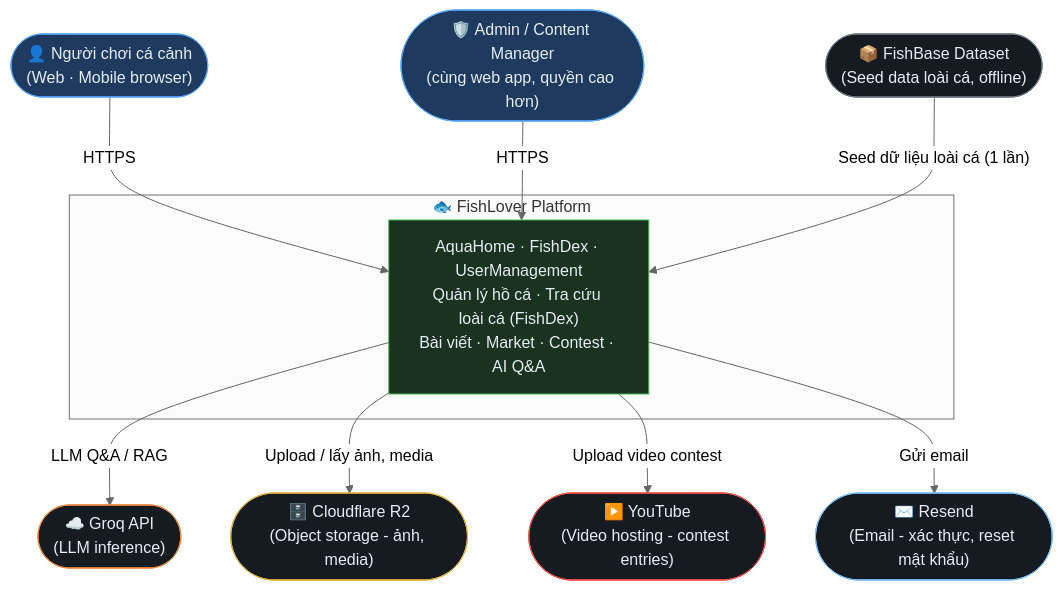
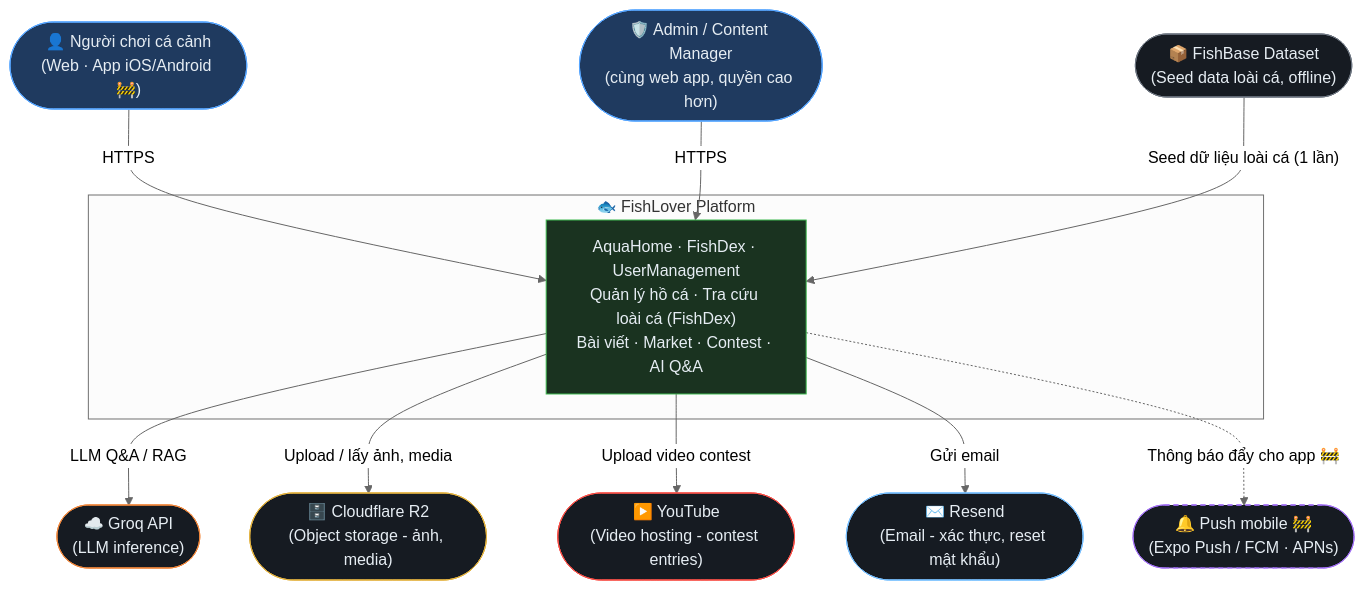
Before and after one commit to TheEastPham/FishDex: the diagram in docs/architecture/c4/01-system-context.md, drawn with Mermaid (neutral theme). The commit also changed other lines of this file and 6 other files, not shown here.

````diff
--- a/docs/architecture/c4/01-system-context.md
+++ b/docs/architecture/c4/01-system-context.md
@@ -9,32 +9,35 @@
 ```mermaid
 graph TB
-    User(["👤 Người chơi cá cảnh<br/>(Web · Mobile browser)"])
+    User(["👤 Người chơi cá cảnh<br/>(Web · App iOS/Android 🚧)"])
     Admin(["🛡️ Admin / Content Manager<br/>(cùng web app, quyền cao hơn)"])
 
     subgraph FishLover ["🐟 FishLover Platform"]
         PLATFORM["AquaHome · FishDex · UserManagement<br/>Quản lý hồ cá · Tra cứu loài cá (FishDex)<br/>Bài viết · Market · Contest · AI Q&A"]
     end
 
     EXT_GROQ(["☁️ Groq API<br/>(LLM inference)"])
     EXT_R2(["🗄️ Cloudflare R2<br/>(Object storage - ảnh, media)"])
     EXT_YT(["▶️ YouTube<br/>(Video hosting - contest entries)"])
     EXT_RESEND(["✉️ Resend<br/>(Email - xác thực, reset mật khẩu)"])
     EXT_FB(["📦 FishBase Dataset<br/>(Seed data loài cá, offline)"])
+    EXT_PUSH(["🔔 Push mobile 🚧<br/>(Expo Push / FCM · APNs)"])
 
     User -->|"HTTPS"| PLATFORM
     Admin -->|"HTTPS"| PLATFORM
     PLATFORM -->|"LLM Q&A / RAG"| EXT_GROQ
     PLATFORM -->|"Upload / lấy ảnh, media"| EXT_R2
     PLATFORM -->|"Upload video contest"| EXT_YT
     PLATFORM -->|"Gửi email"| EXT_RESEND
     EXT_FB -->|"Seed dữ liệu loài cá (1 lần)"| PLATFORM
+    PLATFORM -.->|"Thông báo đẩy cho app 🚧"| EXT_PUSH
 
     style PLATFORM fill:#1a3320,stroke:#3fb950,color:#e6edf3
     style User fill:#1f3a5f,stroke:#58a6ff,color:#e6edf3
     style Admin fill:#1f3a5f,stroke:#58a6ff,color:#e6edf3
     style EXT_GROQ fill:#161b22,stroke:#f0883e,color:#e6edf3
     style EXT_R2 fill:#161b22,stroke:#e3b341,color:#e6edf3
     style EXT_YT fill:#161b22,stroke:#f85149,color:#e6edf3
     style EXT_RESEND fill:#161b22,stroke:#79c0ff,color:#e6edf3
     style EXT_FB fill:#161b22,stroke:#6e7681,color:#e6edf3
+    style EXT_PUSH fill:#161b22,stroke:#a371f7,color:#e6edf3,stroke-dasharray: 5 4
 ```
````
